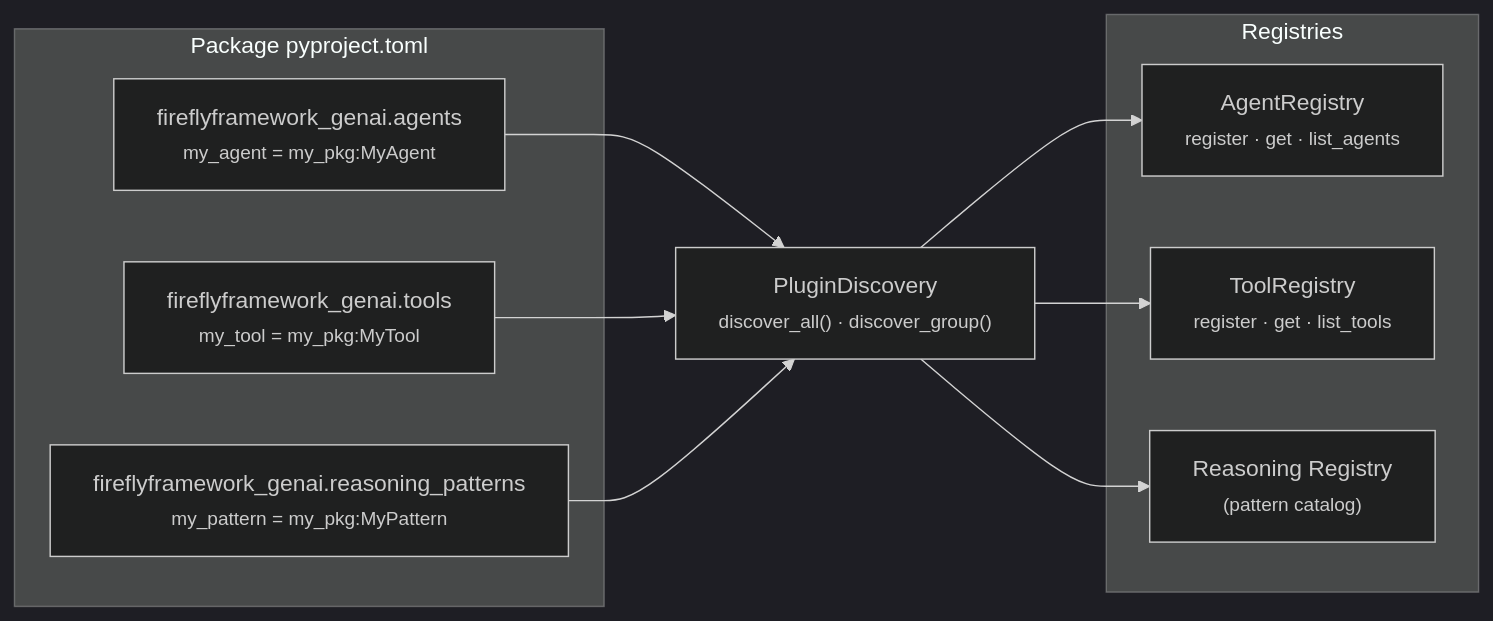
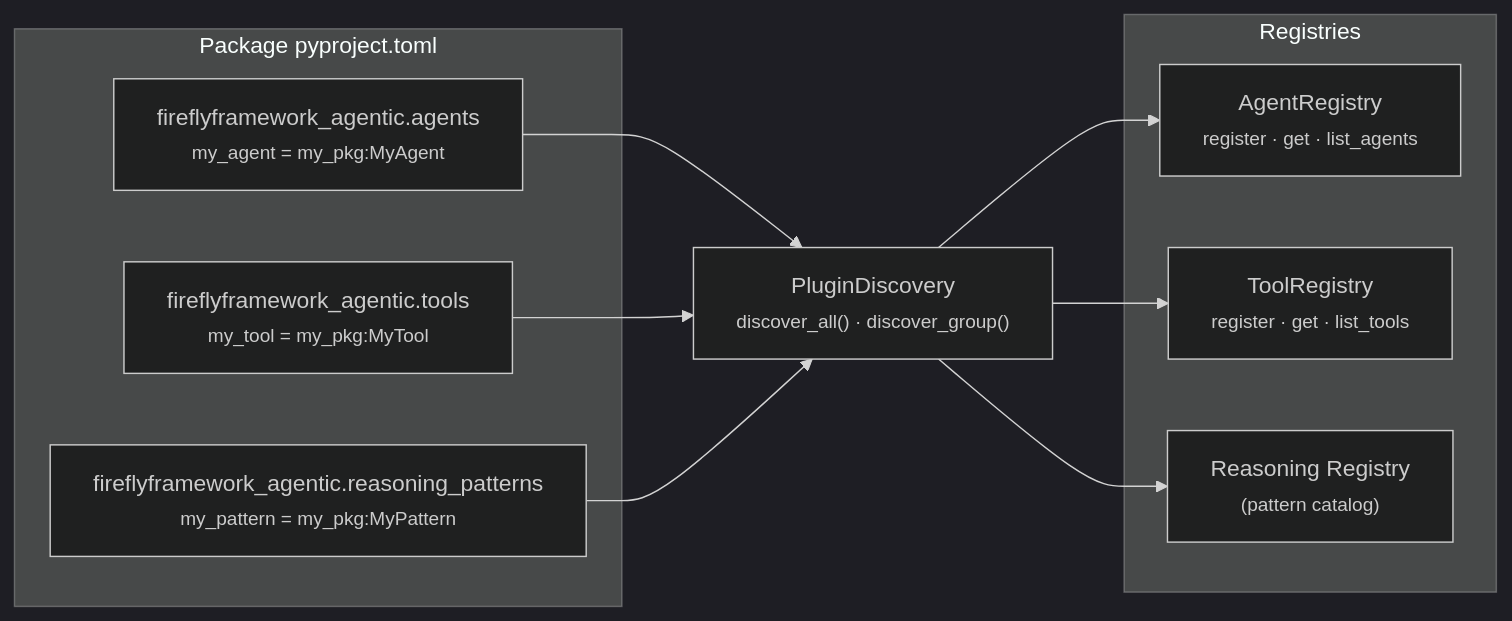
Before and after one commit to fireflyframework/fireflyframework-genai: the seventh of 7 diagrams in docs/architecture.md, drawn with Mermaid (dark theme). The commit also changed other lines of this file and 576 other files, not shown here.

First line of the commit message:
refactor: rename fireflyframework-genai to fireflyframework-agentic

````diff
--- a/docs/architecture.md
+++ b/docs/architecture.md
@@ -520,23 +520,23 @@
 ```mermaid
 flowchart LR
     subgraph Package pyproject.toml
-        EP1["fireflyframework_genai.agents<br/><small>my_agent = my_pkg:MyAgent</small>"]
-        EP2["fireflyframework_genai.tools<br/><small>my_tool = my_pkg:MyTool</small>"]
-        EP3["fireflyframework_genai.reasoning_patterns<br/><small>my_pattern = my_pkg:MyPattern</small>"]
+        EP1["fireflyframework_agentic.agents<br/><small>my_agent = my_pkg:MyAgent</small>"]
+        EP2["fireflyframework_agentic.tools<br/><small>my_tool = my_pkg:MyTool</small>"]
+        EP3["fireflyframework_agentic.reasoning_patterns<br/><small>my_pattern = my_pkg:MyPattern</small>"]
     end
 
     PD["PluginDiscovery<br/><small>discover_all() · discover_group()</small>"]
 
     subgraph Registries
         AR["AgentRegistry<br/><small>register · get · list_agents</small>"]
         TR["ToolRegistry<br/><small>register · get · list_tools</small>"]
         RR["Reasoning Registry<br/><small>(pattern catalog)</small>"]
     end
 
     EP1 --> PD
     EP2 --> PD
     EP3 --> PD
     PD --> AR
     PD --> TR
     PD --> RR
 ```
````
